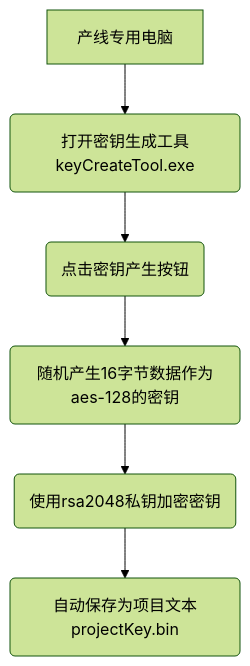
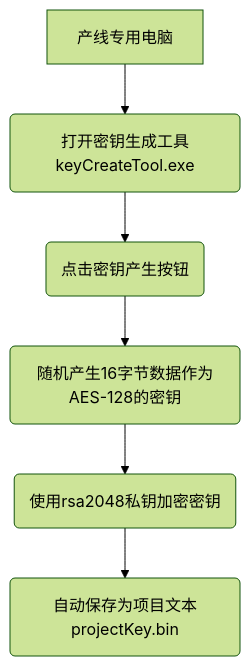
Before and after one commit to facebook-cloud/iodraw-files: the diagram in all/未命名-3.md, drawn with Mermaid (forest theme).

Commit message:
2026-01-05 19:50:31 update

````diff
--- a/all/未命名-3.md
+++ b/all/未命名-3.md
@@ -1,9 +1,9 @@
 ```mermaid
 graph TD
     A[产线专用电脑] --> B(打开密钥生成工具keyCreateTool.exe)
     B --> C(点击密钥产生按钮)
-    C --> D(随机产生16字节数据作为aes-128的密钥)
+    C --> D(随机产生16字节数据作为AES-128的密钥)
     D --> E(使用rsa2048私钥加密密钥)
     E --> F(自动保存为项目文本projectKey.bin)
 
 ```
````
